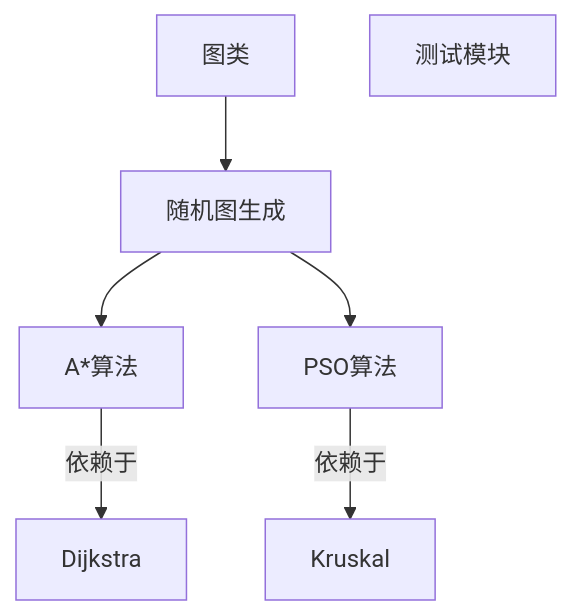
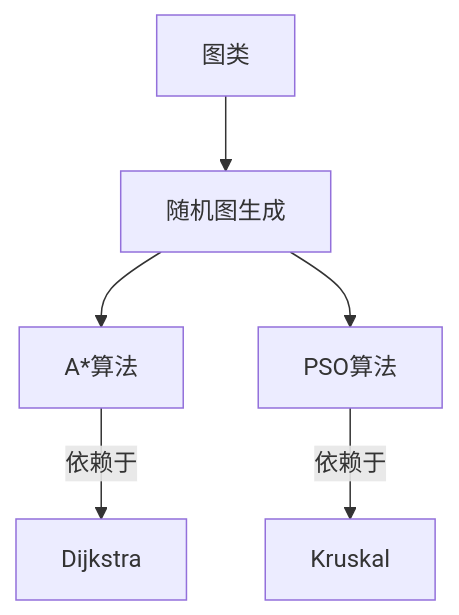
One commit to secret4233/auto_routing changed the diagram in README.md. Above: the diagram before and after it, drawn with Mermaid. The commit also changed other lines of this file, not shown here.

````diff
--- a/README.md
+++ b/README.md
@@ -11,12 +10,10 @@
 ```mermaid
 graph TD
     graphClass[图类] --> randGraph[随机图生成]
     randGraph --> aStar[A*算法]
     randGraph --> pso[PSO算法]
     aStar -- 依赖于 --> Dijkstra
     pso -- 依赖于 --> Kruskal 
 
-    test[测试模块]
-
 
 ```
````
